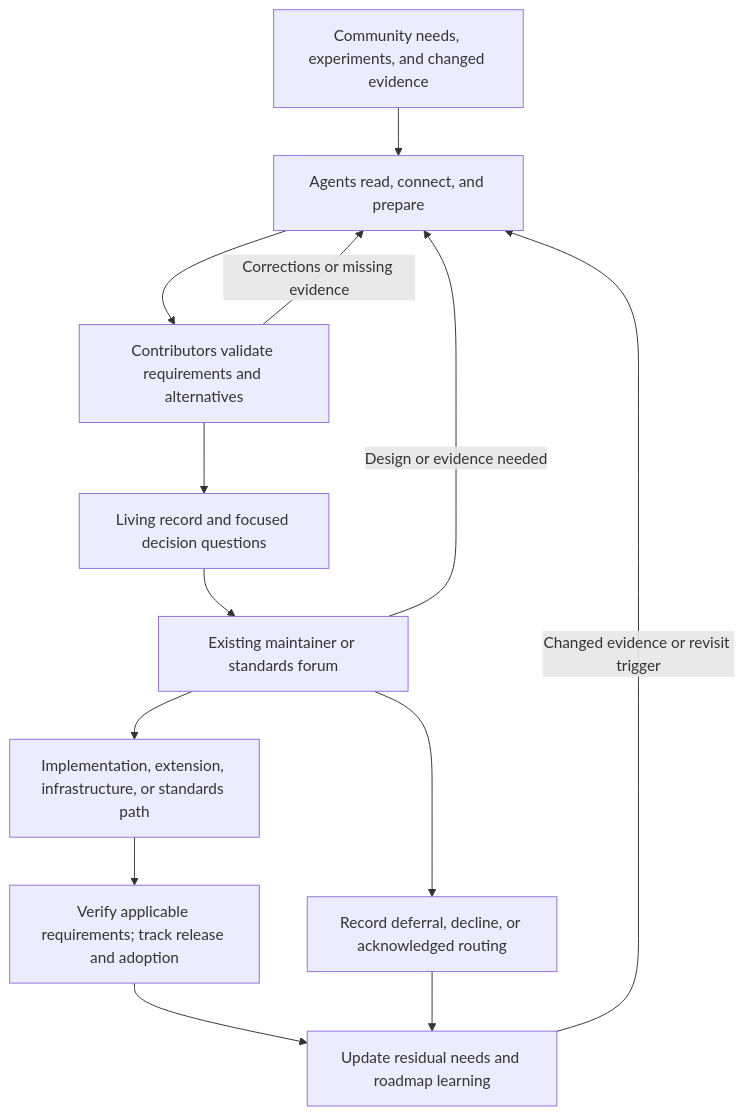
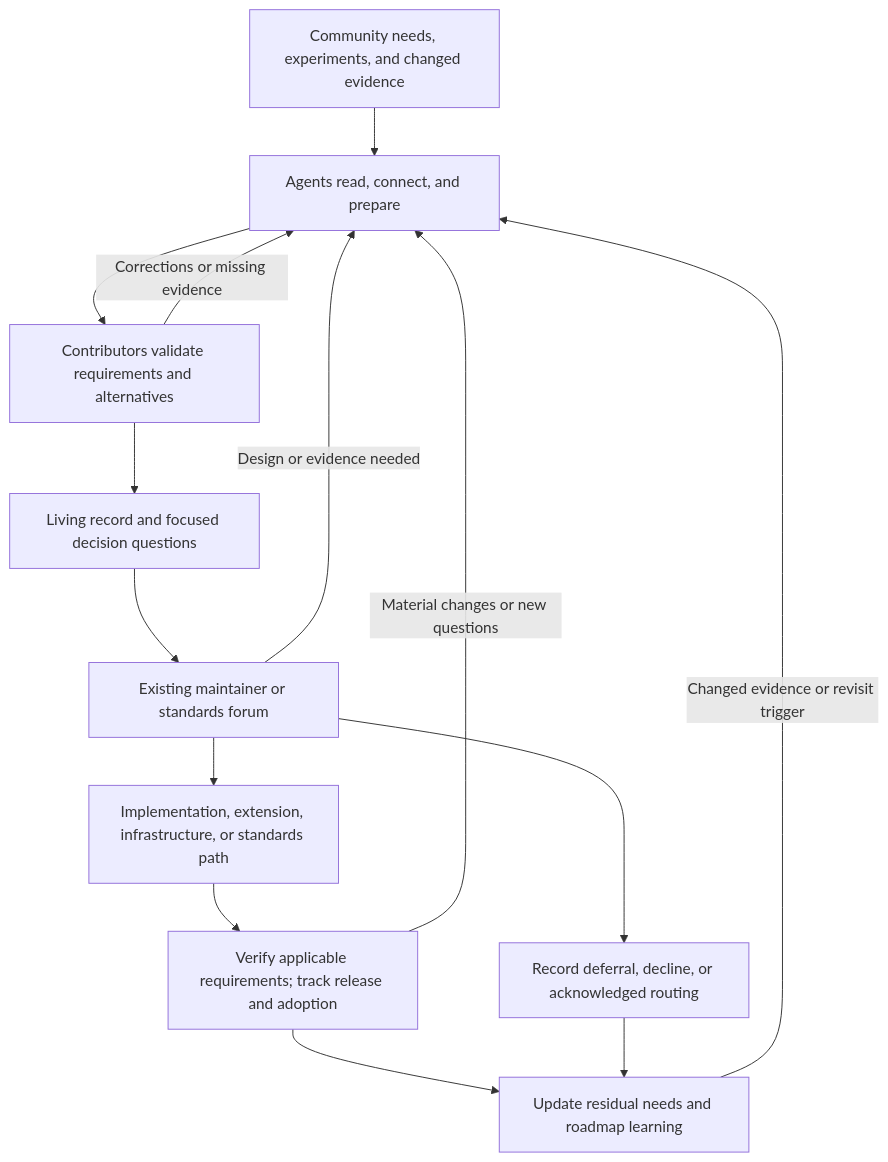
Before and after one commit to asluk/OpenUSD-proposals: the diagram in proposals/community-triage/README.md, drawn with Mermaid. The commit also changed other lines of this file, not shown here.

````diff
--- a/proposals/community-triage/README.md
+++ b/proposals/community-triage/README.md
@@ -188,15 +203,16 @@
 ```mermaid
 flowchart TD
     A["Community needs, experiments, and changed evidence"] --> B["Agents read, connect, and prepare"]
     B --> C["Contributors validate requirements and alternatives"]
     C -->|Corrections or missing evidence| B
     C --> D["Living record and focused decision questions"]
     D --> E["Existing maintainer or standards forum"]
     E -->|Design or evidence needed| B
     E --> F["Implementation, extension, infrastructure, or standards path"]
     F --> G["Verify applicable requirements; track release and adoption"]
+    G -->|Material changes or new questions| B
     E --> H["Record deferral, decline, or acknowledged routing"]
     G --> I["Update residual needs and roadmap learning"]
     H --> I
     I -->|Changed evidence or revisit trigger| B
 ```
````
